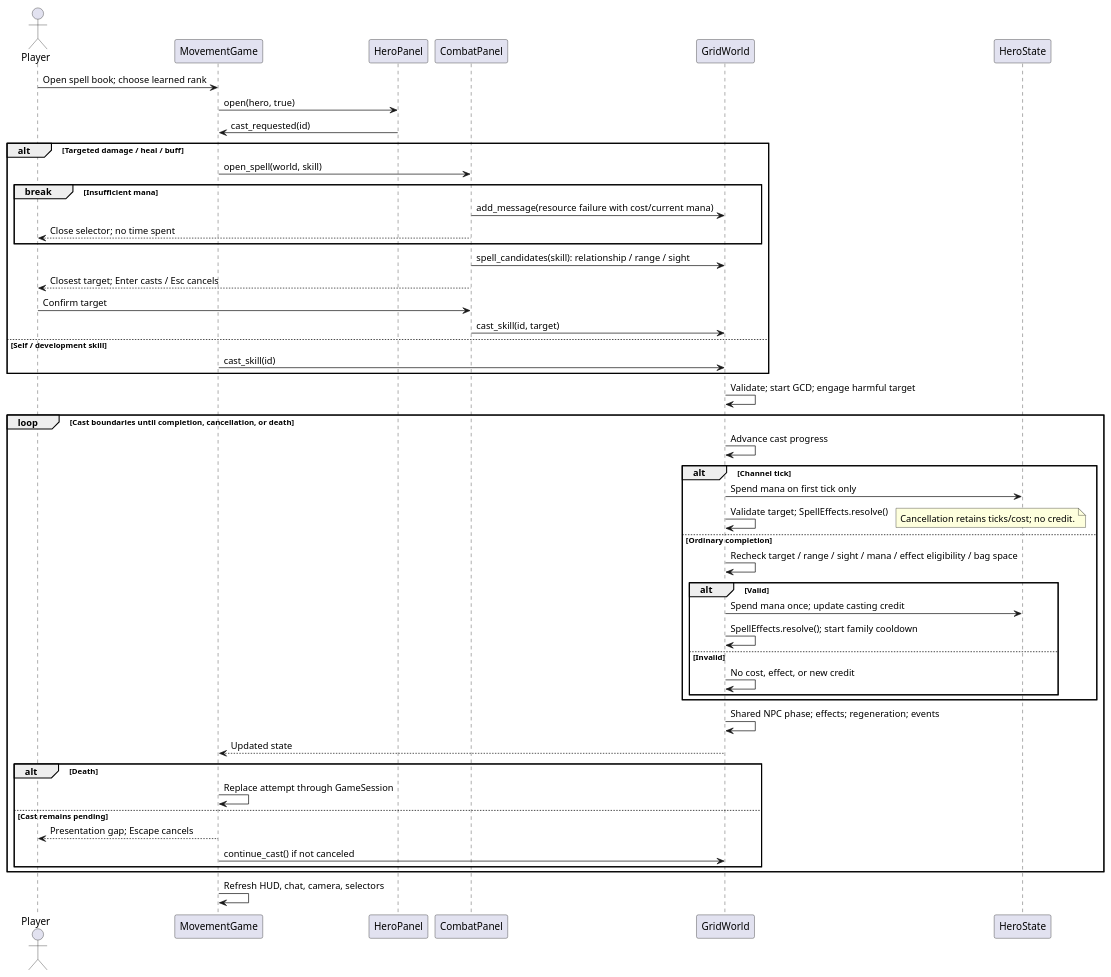
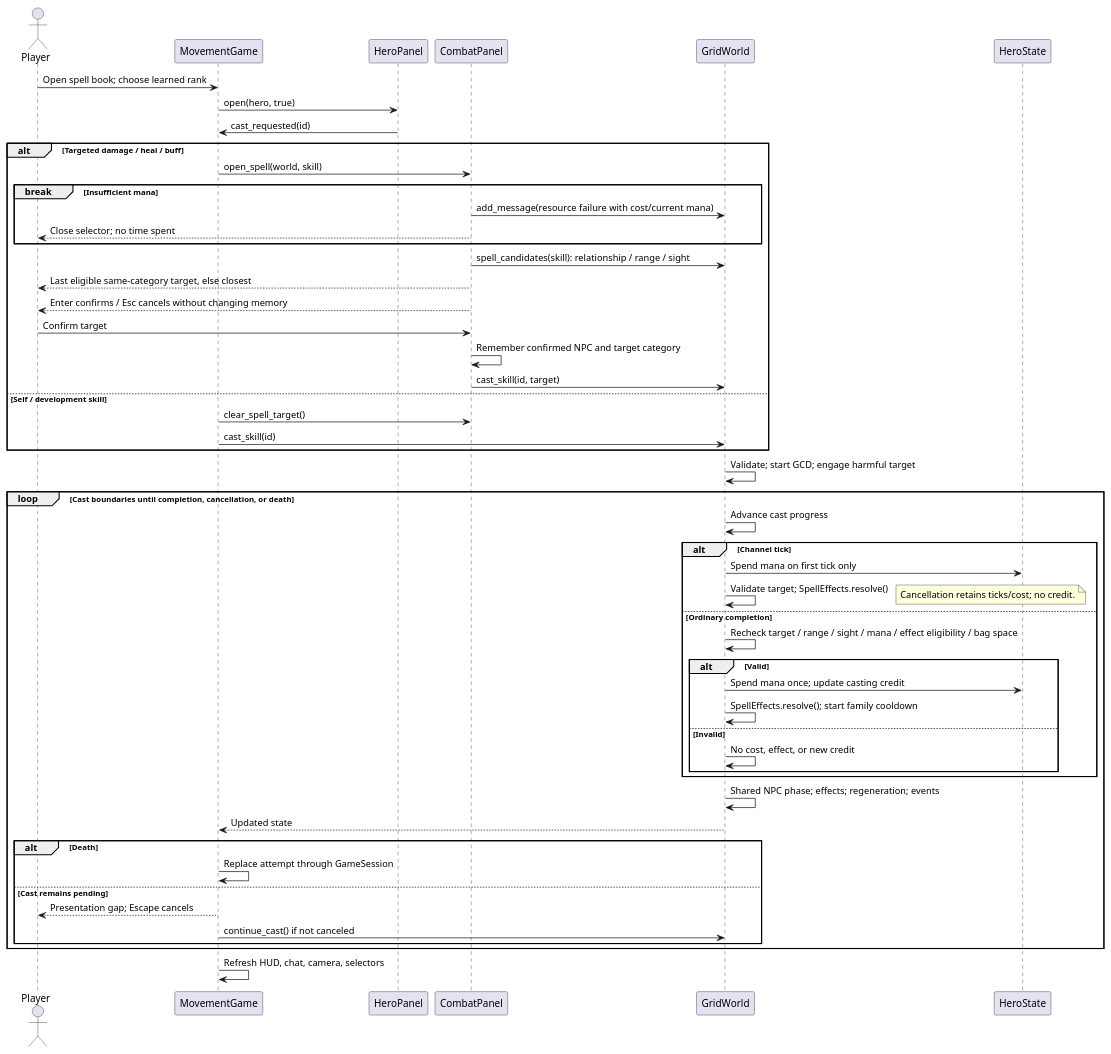
One commit to VHonzik/Ostinato changed the diagram in docs/architecture/sequences/hero_skill.puml. Above: the diagram before and after it, drawn with PlantUML. The commit also changed 37 other files, not shown here.

```diff
--- a/docs/architecture/sequences/hero_skill.puml
+++ b/docs/architecture/sequences/hero_skill.puml
@@ -1,52 +1,55 @@
 @startuml
 !pragma layout smetana
 skinparam shadowing false
 actor Player
 participant MovementGame as Game
 participant HeroPanel as Book
 participant CombatPanel as Targeting
 participant GridWorld as World
 participant HeroState as Hero
 Player -> Game : Open spell book; choose learned rank
 Game -> Book : open(hero, true)
 Book -> Game : cast_requested(id)
 alt Targeted damage / heal / buff
   Game -> Targeting : open_spell(world, skill)
   break Insufficient mana
     Targeting -> World : add_message(resource failure with cost/current mana)
     Targeting --> Player : Close selector; no time spent
   end
   Targeting -> World : spell_candidates(skill): relationship / range / sight
-  Targeting --> Player : Closest target; Enter casts / Esc cancels
+  Targeting --> Player : Last eligible same-category target, else closest
+  Targeting --> Player : Enter confirms / Esc cancels without changing memory
   Player -> Targeting : Confirm target
+  Targeting -> Targeting : Remember confirmed NPC and target category
   Targeting -> World : cast_skill(id, target)
 else Self / development skill
+  Game -> Targeting : clear_spell_target()
   Game -> World : cast_skill(id)
 end
 World -> World : Validate; start GCD; engage harmful target
 loop Cast boundaries until completion, cancellation, or death
   World -> World : Advance cast progress
   alt Channel tick
     World -> Hero : Spend mana on first tick only
     World -> World : Validate target; SpellEffects.resolve()
     note right: Cancellation retains ticks/cost; no credit.
   else Ordinary completion
     World -> World : Recheck target / range / sight / mana / effect eligibility / bag space
     alt Valid
       World -> Hero : Spend mana once; update casting credit
       World -> World : SpellEffects.resolve(); start family cooldown
     else Invalid
       World -> World : No cost, effect, or new credit
     end
   end
   World -> World : Shared NPC phase; effects; regeneration; events
   World --> Game : Updated state
   alt Death
     Game -> Game : Replace attempt through GameSession
   else Cast remains pending
     Game --> Player : Presentation gap; Escape cancels
     Game -> World : continue_cast() if not canceled
   end
 end
 Game -> Game : Refresh HUD, chat, camera, selectors
 @enduml
```
